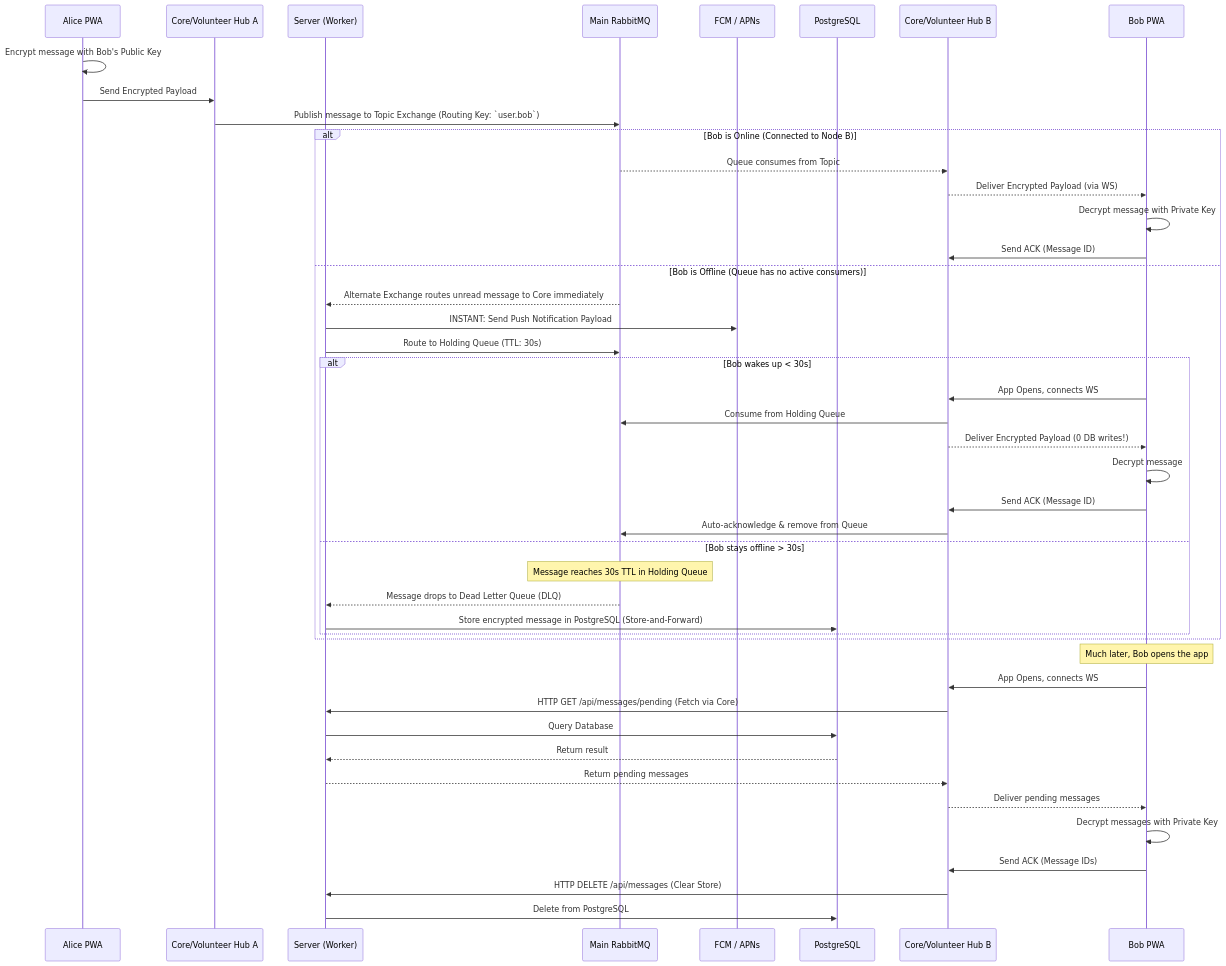
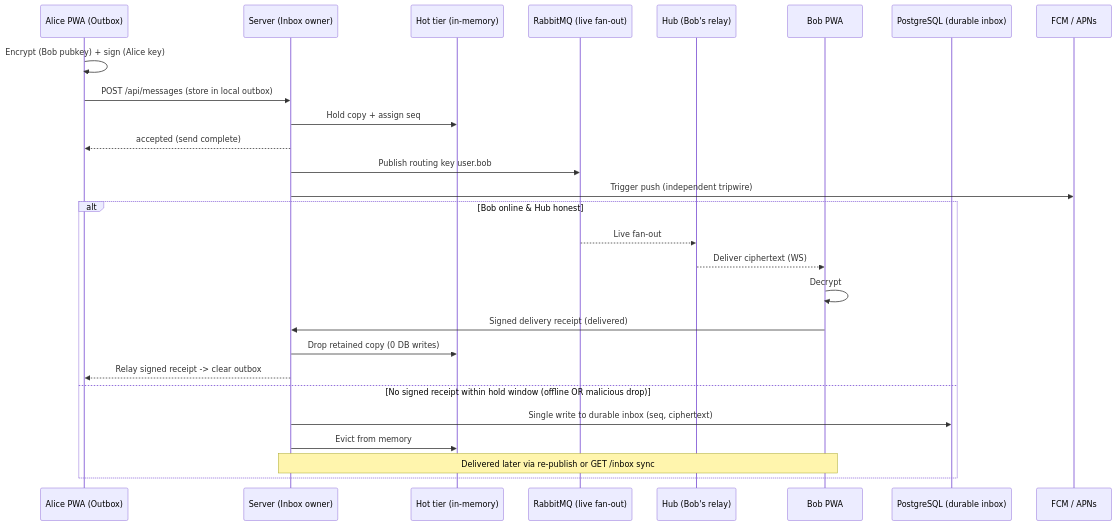
The fourth of 5 diagrams in doc/ARCHITECTURE.md (olshanskyev/fourletters-meta), drawn with Mermaid before and after one commit. The commit also changed other lines of this file and 6 other files, not shown here.

Commit message:
New Architecture with sending events via server

````diff
--- a/doc/ARCHITECTURE.md
+++ b/doc/ARCHITECTURE.md
@@ -110,51 +130,31 @@
 ```mermaid
 sequenceDiagram
-    participant Alice as Alice PWA
-    participant NodeA as Core/Volunteer Hub A
-    participant Core as Server (Worker)
-    participant MQ as Main RabbitMQ
+    participant Alice as Alice PWA (Outbox)
+    participant Server as Server (Inbox owner)
+    participant Hot as Hot tier (in-memory)
+    participant MQ as RabbitMQ (live fan-out)
+    participant Hub as Hub (Bob's relay)
+    participant Bob as Bob PWA
+    participant DB as PostgreSQL (durable inbox)
     participant Push as FCM / APNs
-    participant DB as PostgreSQL
-    participant NodeB as Core/Volunteer Hub B
-    participant Bob as Bob PWA
 
-    Alice->>Alice: Encrypt message with Bob's Public Key
-    Alice->>NodeA: Send Encrypted Payload
-    NodeA->>MQ: Publish message to Topic Exchange (Routing Key: `user.bob`)
+    Alice->>Alice: Encrypt (Bob pubkey) + sign (Alice key)
+    Alice->>Server: POST /api/messages (store in local outbox)
+    Server->>Hot: Hold copy + assign seq
+    Server-->>Alice: accepted (send complete)
+    Server->>MQ: Publish routing key user.bob
+    Server->>Push: Trigger push (independent tripwire)
 
-    alt Bob is Online (Connected to Node B)
-        MQ-->>NodeB: Queue consumes from Topic
-        NodeB-->>Bob: Deliver Encrypted Payload (via WS)
-        Bob->>Bob: Decrypt message with Private Key
-        Bob->>NodeB: Send ACK (Message ID)
-    else Bob is Offline (Queue has no active consumers)
-        MQ-->>Core: Alternate Exchange routes unread message to Core immediately
-        Core->>Push: INSTANT: Send Push Notification Payload
-        Core->>MQ: Route to Holding Queue (TTL: 30s)
-
-        alt Bob wakes up < 30s
-            Bob->>NodeB: App Opens, connects WS
-            NodeB->>MQ: Consume from Holding Queue
-            NodeB-->>Bob: Deliver Encrypted Payload (0 DB writes!)
-            Bob->>Bob: Decrypt message
-            Bob->>NodeB: Send ACK (Message ID)
-            NodeB->>MQ: Auto-acknowledge & remove from Queue
-        else Bob stays offline > 30s
-            Note over MQ: Message reaches 30s TTL in Holding Queue
-            MQ-->>Core: Message drops to Dead Letter Queue (DLQ)
-            Core->>DB: Store encrypted message in PostgreSQL (Store-and-Forward)
-        end
+    alt Bob online & Hub honest
+        MQ-->>Hub: Live fan-out
+        Hub-->>Bob: Deliver ciphertext (WS)
+        Bob->>Bob: Decrypt
+        Bob->>Server: Signed delivery receipt (delivered)
+        Server->>Hot: Drop retained copy (0 DB writes)
+        Server-->>Alice: Relay signed receipt -> clear outbox
+    else No signed receipt within hold window (offline OR malicious drop)
+        Server->>DB: Single write to durable inbox (seq, ciphertext)
+        Server->>Hot: Evict from memory
+        Note over Bob,Server: Delivered later via re-publish or GET /inbox sync
     end
-
-    Note over Bob: Much later, Bob opens the app
-    Bob->>NodeB: App Opens, connects WS
-    NodeB->>Core: HTTP GET /api/messages/pending (Fetch via Core)
-    Core->>DB: Query Database
-    DB-->>Core: Return result
-    Core-->>NodeB: Return pending messages
-    NodeB-->>Bob: Deliver pending messages
-    Bob->>Bob: Decrypt messages with Private Key
-    Bob->>NodeB: Send ACK (Message IDs)
-    NodeB->>Core: HTTP DELETE /api/messages (Clear Store)
-    Core->>DB: Delete from PostgreSQL
 ```
````
